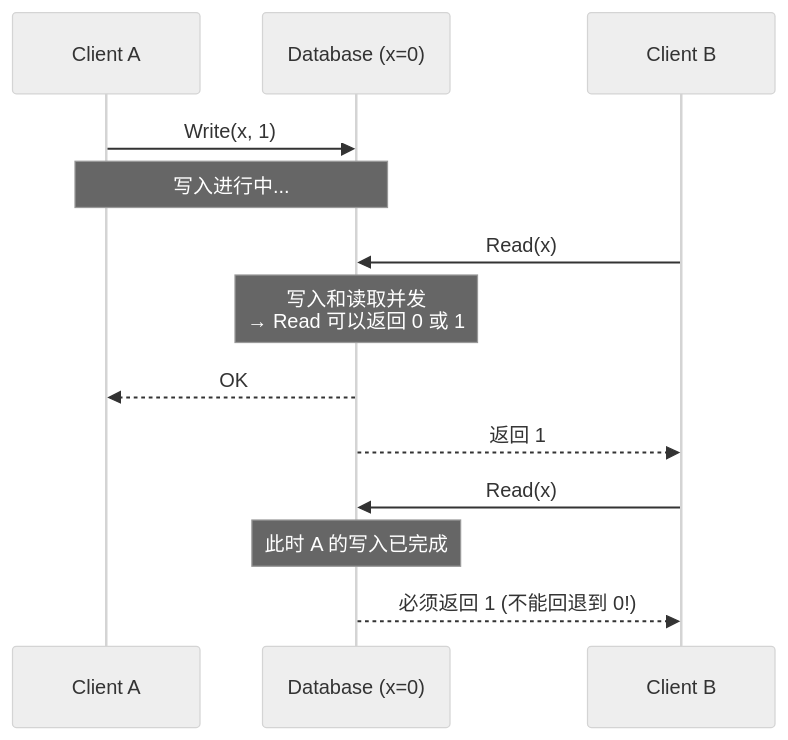
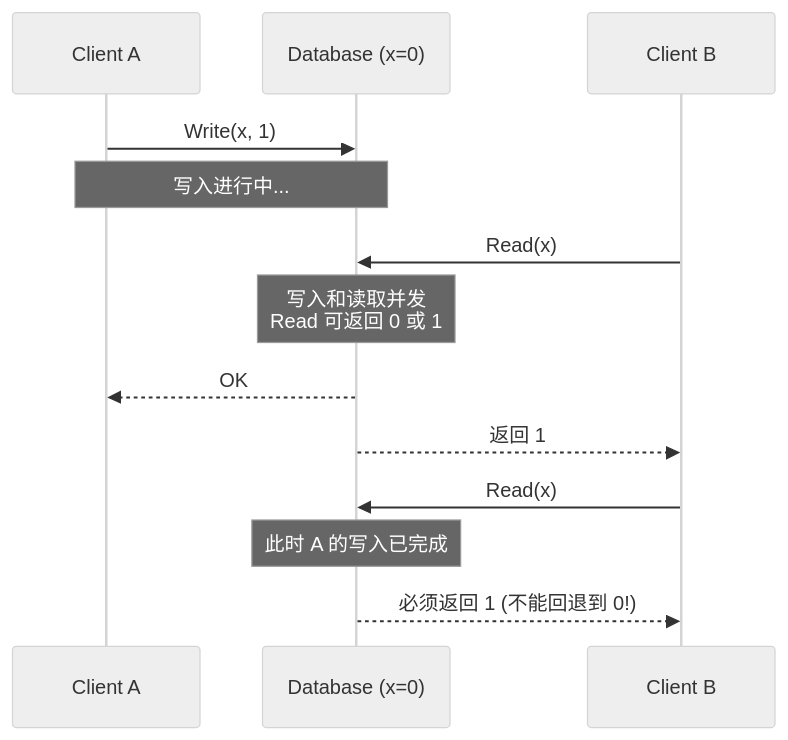
The second of 37 diagrams in ch10-一致性与共识.md (socoo123/ddia_2nd), drawn with Mermaid (neutral theme) before and after one commit. The commit also changed other lines of this file and 5 other files, not shown here.

````diff
--- a/ch10-一致性与共识.md
+++ b/ch10-一致性与共识.md
@@ -100,17 +89,17 @@
 ```mermaid
 sequenceDiagram
     participant A as Client A
     participant DB as Database (x=0)
     participant B as Client B
 
     A->>DB: Write(x, 1)
     Note over A,DB: 写入进行中...
     B->>DB: Read(x)
-    Note over DB: 写入和读取并发<br/>→ Read 可以返回 0 或 1
+    Note over DB: 写入和读取并发<br/>Read 可返回 0 或 1
     DB-->>A: OK
     DB-->>B: 返回 1
 
     B->>DB: Read(x)
     Note over DB: 此时 A 的写入已完成
     DB-->>B: 必须返回 1 (不能回退到 0!)
 ```
````
